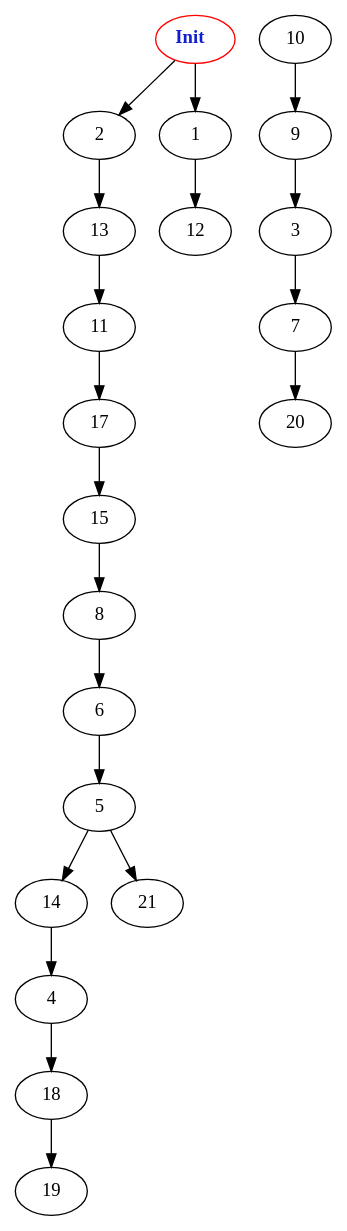
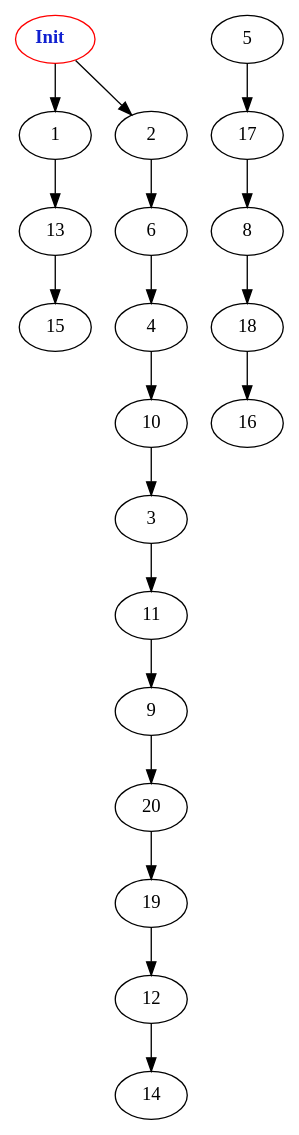
The diagram in inputGraphs/20_nodes.ngs.perturbed.dot (KirtanJhaveri/MITM-Simulation-using-Spark), drawn with Graphviz before and after one commit. The commit also changed 21 other files, not shown here.

```diff
--- a/inputGraphs/20_nodes.ngs.perturbed.dot
+++ b/inputGraphs/20_nodes.ngs.perturbed.dot
@@ -1,23 +1,22 @@
-digraph "Perturbed Net Graph with 21 nodes" {
+digraph "Perturbed Net Graph with 20 nodes" {
 edge ["class"="link-class"]
 "0" ["color"="red","label"=<<b>Init</b>>,"fontcolor"="#1020d0"]
+"0" -> "1" ["weight"="2.0"]
 "0" -> "2" ["weight"="1.0"]
-"0" -> "1" ["weight"="2.0"]
-"2" -> "13" ["weight"="5.0"]
-"1" -> "12" ["weight"="1.0"]
-"5" -> "14" ["weight"="1.0"]
-"5" -> "21" ["weight"="1.0"]
-"14" -> "4" ["weight"="4.0"]
-"10" -> "9" ["weight"="1.0"]
-"9" -> "3" ["weight"="3.0"]
-"3" -> "7" ["weight"="3.0"]
-"7" -> "20" ["weight"="4.0"]
-"4" -> "18" ["weight"="1.0"]
-"18" -> "19" ["weight"="1.0"]
-"6" -> "5" ["weight"="1.0"]
-"13" -> "11" ["weight"="2.0"]
-"11" -> "17" ["weight"="2.0"]
-"17" -> "15" ["weight"="4.0"]
-"15" -> "8" ["weight"="8.0"]
-"8" -> "6" ["weight"="9.0"]
+"1" -> "13" ["weight"="1.0"]
+"2" -> "6" ["weight"="1.0"]
+"5" -> "17" ["weight"="2.0"]
+"17" -> "8" ["weight"="4.0"]
+"10" -> "3" ["weight"="9.0"]
+"3" -> "11" ["weight"="1.0"]
+"11" -> "9" ["weight"="1.0"]
+"20" -> "19" ["weight"="3.0"]
+"19" -> "12" ["weight"="4.0"]
+"12" -> "14" ["weight"="1.0"]
+"13" -> "15" ["weight"="3.0"]
+"6" -> "4" ["weight"="9.0"]
+"4" -> "10" ["weight"="2.0"]
+"9" -> "20" ["weight"="4.0"]
+"8" -> "18" ["weight"="8.0"]
+"18" -> "16" ["weight"="1.0"]
 }
```
